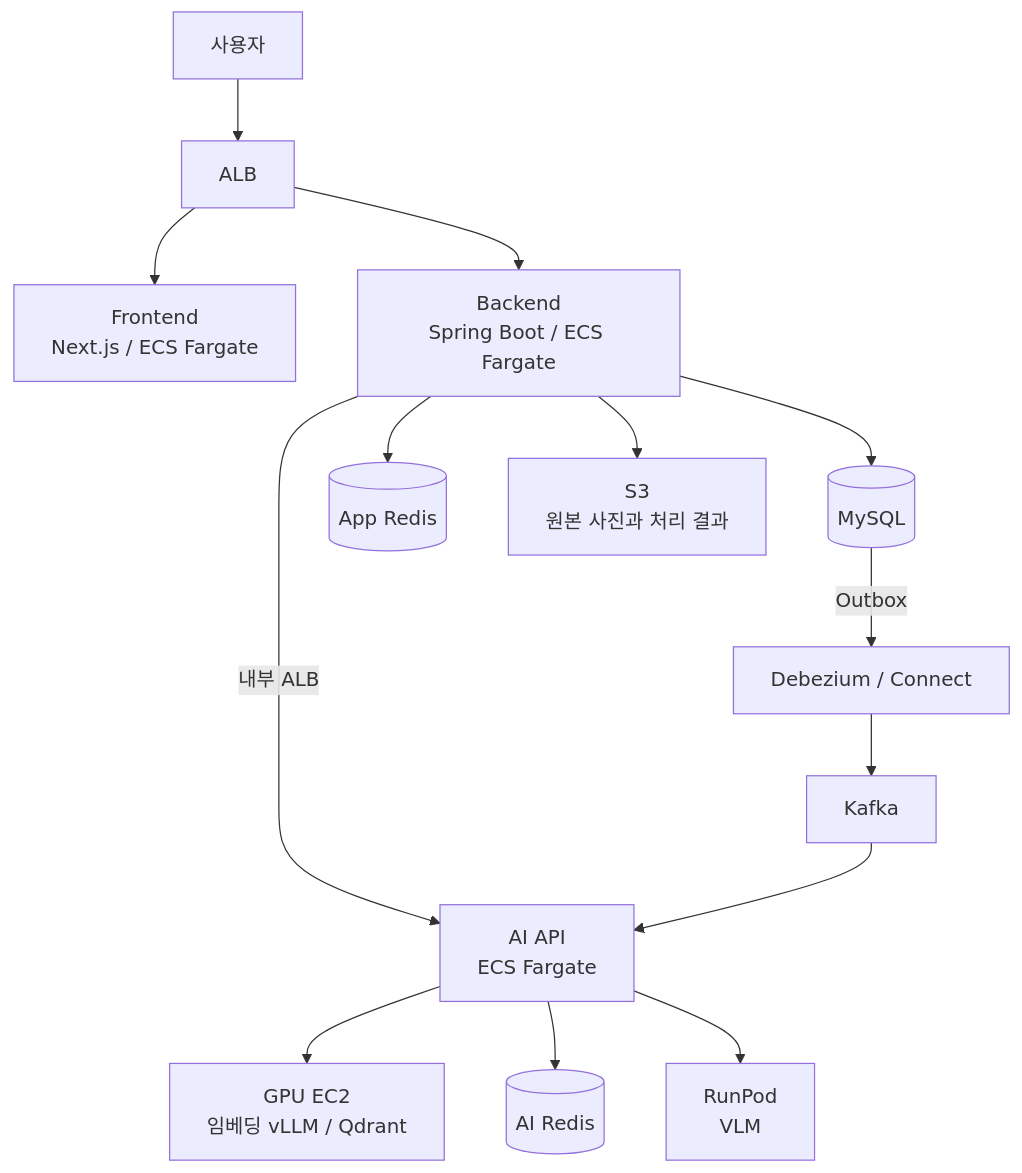
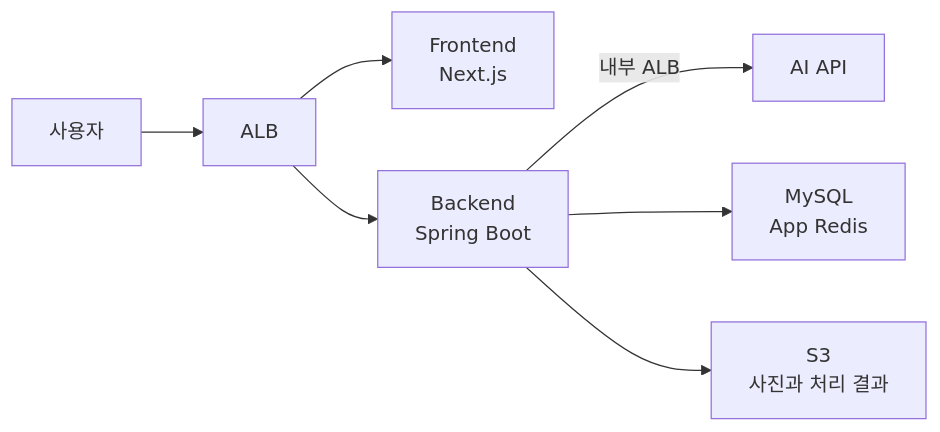
Before and after one commit to 100-hours-a-week/KTB4-2nd-Cloud: the diagram in README.md, drawn with Mermaid. The commit also changed other lines of this file, not shown here.

Commit message:
docs: 첫 화면 구조도를 주요 요청 경로로 축약

````diff
--- a/README.md
+++ b/README.md
@@ -11,19 +11,9 @@
 ```mermaid
-flowchart TB
+flowchart LR
     user[사용자] --> alb[ALB]
-    alb --> fe["Frontend<br/>Next.js / ECS Fargate"]
-    alb --> be["Backend<br/>Spring Boot / ECS Fargate"]
-
-    be --> mysql[(MySQL)]
-    be --> auth[(App Redis)]
-    be --> s3["S3<br/>원본 사진과 처리 결과"]
-    be -->|내부 ALB| ai["AI API<br/>ECS Fargate"]
-
-    mysql -->|Outbox| cdc[Debezium / Connect]
-    cdc --> kafka[Kafka]
-    kafka --> ai
-
-    ai --> gpu["GPU EC2<br/>임베딩 vLLM / Qdrant"]
-    ai --> queue[(AI Redis)]
-    ai --> vlm["RunPod<br/>VLM"]
+    alb --> fe["Frontend<br/>Next.js"]
+    alb --> be["Backend<br/>Spring Boot"]
+    be -->|내부 ALB| ai[AI API]
+    be --> data["MySQL<br/>App Redis"]
+    be --> s3["S3<br/>사진과 처리 결과"]
 ```
````
